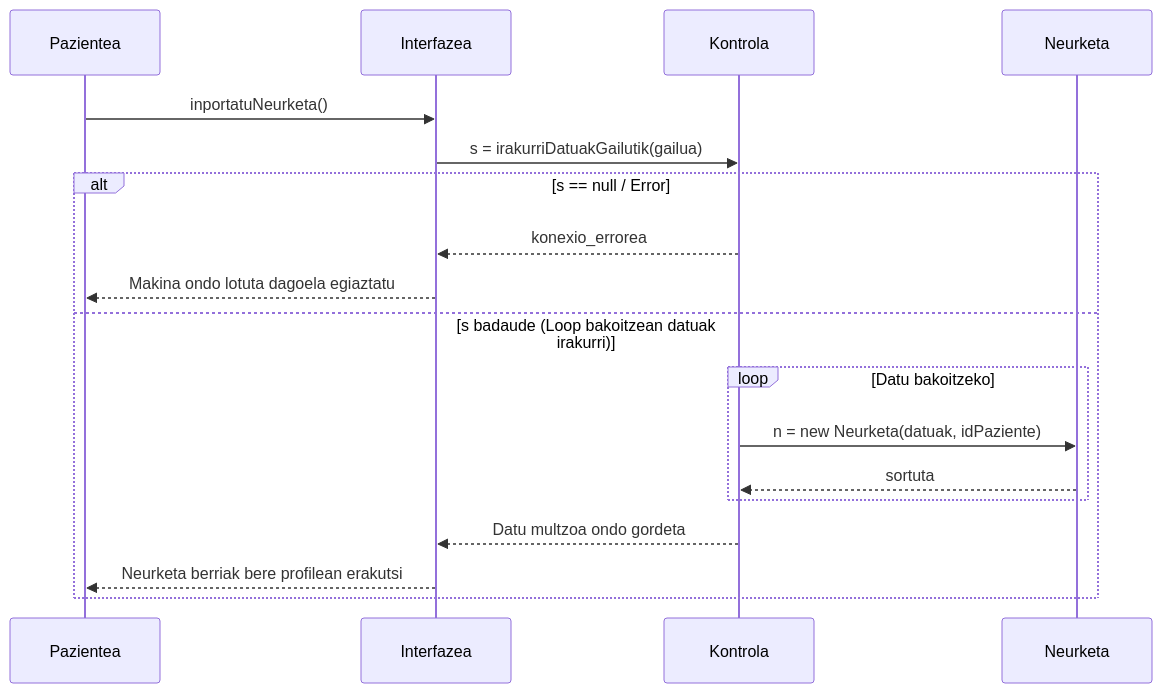
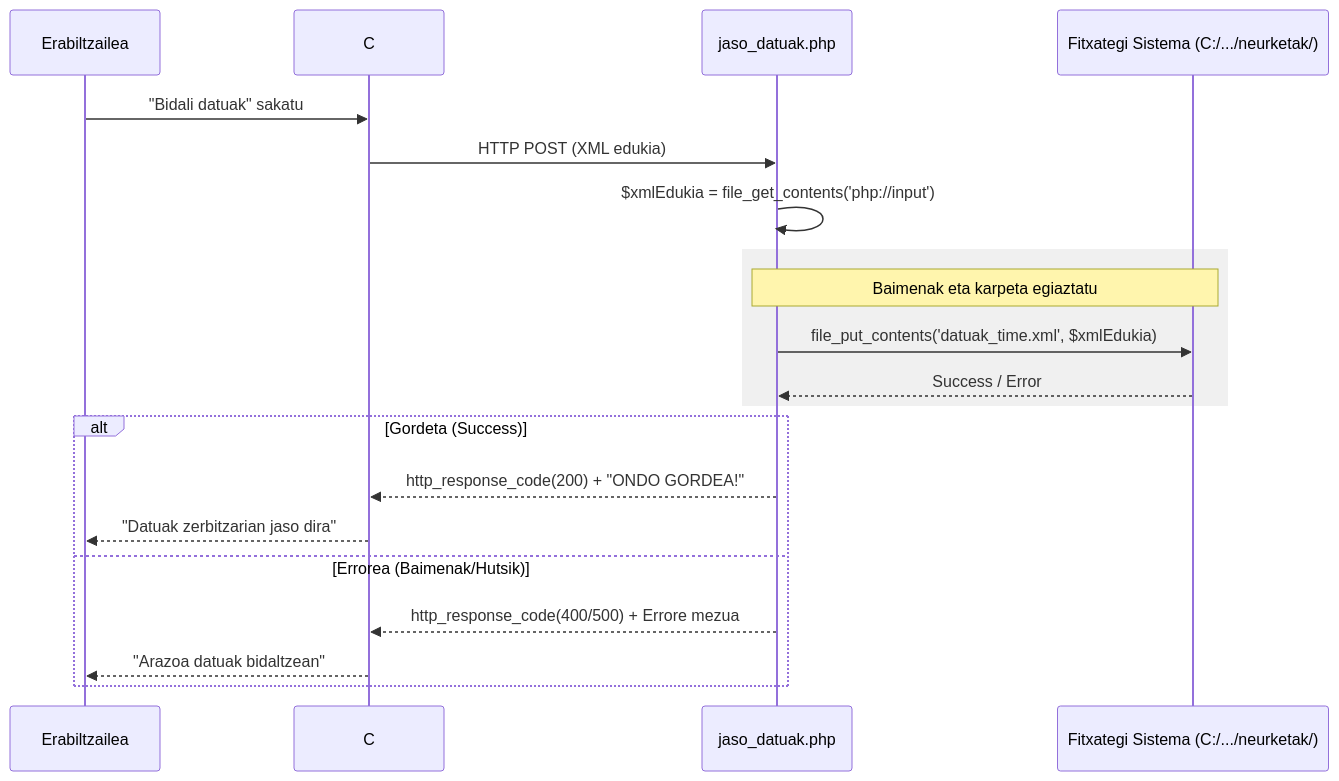
The diagram in sekuentzia_diagramak/4_neurketa_inportatu.md (AnderUrienGoierri/GOsasunERRONKA), drawn with Mermaid before and after one commit. The commit also changed other lines of this file and 13 other files, not shown here.

Commit message:
Arkitektura refaktorizazioa, sekuentzia diagramak eguneratu eta hizkuntza fitxategiak garbitu

````diff
--- a/sekuentzia_diagramak/4_neurketa_inportatu.md
+++ b/sekuentzia_diagramak/4_neurketa_inportatu.md
@@ -31,22 +25,26 @@
 ```mermaid
 sequenceDiagram
-    participant P as Pazientea
-    participant I as Interfazea
-    participant K as Kontrola
-    participant N as Neurketa
+    participant E as Erabiltzailea
+    participant CS as C# Aplikazioa
+    participant JP as jaso_datuak.php
+    participant FS as Fitxategi Sistema (C:/.../neurketak/)
 
-    P->>I: inportatuNeurketa()
-    I->>K: s = irakurriDatuakGailutik(gailua)
+    E->>CS: "Bidali datuak" sakatu
+    CS->>JP: HTTP POST (XML edukia)
     
-    alt s == null / Error
-        K-->>I: konexio_errorea
-        I-->>P: Makina ondo lotuta dagoela egiaztatu
-    else s badaude (Loop bakoitzean datuak irakurri)
-        loop Datu bakoitzeko
-            K->>N: n = new Neurketa(datuak, idPaziente)
-            N-->>K: sortuta
-        end
-        K-->>I: Datu multzoa ondo gordeta
-        I-->>P: Neurketa berriak bere profilean erakutsi
+    JP->>JP: $xmlEdukia = file_get_contents('php://input')
+    
+    rect rgb(240, 240, 240)
+        Note over JP, FS: Baimenak eta karpeta egiaztatu
+        JP->>FS: file_put_contents('datuak_time.xml', $xmlEdukia)
+        FS-->>JP: Success / Error
+    end
+    
+    alt Gordeta (Success)
+        JP-->>CS: http_response_code(200) + "ONDO GORDEA!"
+        CS-->>E: "Datuak zerbitzarian jaso dira"
+    else Errorea (Baimenak/Hutsik)
+        JP-->>CS: http_response_code(400/500) + Errore mezua
+        CS-->>E: "Arazoa datuak bidaltzean"
     end
 ```
````
